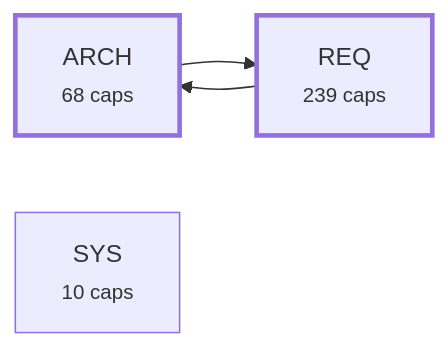
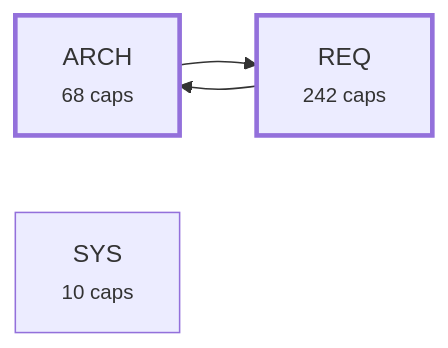
Before and after one commit to alxmax/Requirement-manager: the third of 4 diagrams in plugin/requirements/_map.md, drawn with Mermaid. The commit also changed other lines of this file and 31 other files, not shown here.

````diff
--- a/plugin/requirements/_map.md
+++ b/plugin/requirements/_map.md
@@ -1109,10 +1112,10 @@
 ```mermaid
 graph LR
   a_ARCH["ARCH<br><small>68 caps</small>"]
-  a_REQ["REQ<br><small>239 caps</small>"]
+  a_REQ["REQ<br><small>242 caps</small>"]
   a_SYS["SYS<br><small>10 caps</small>"]
   a_ARCH --> a_REQ
   a_REQ --> a_ARCH
   style a_ARCH stroke-width:3px
   style a_REQ stroke-width:3px
 ```
````
